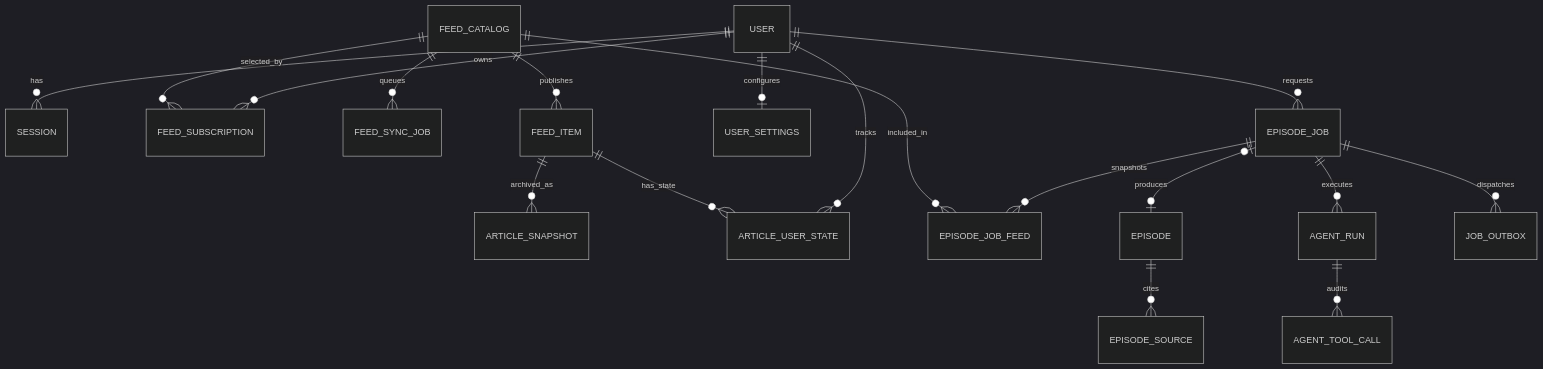
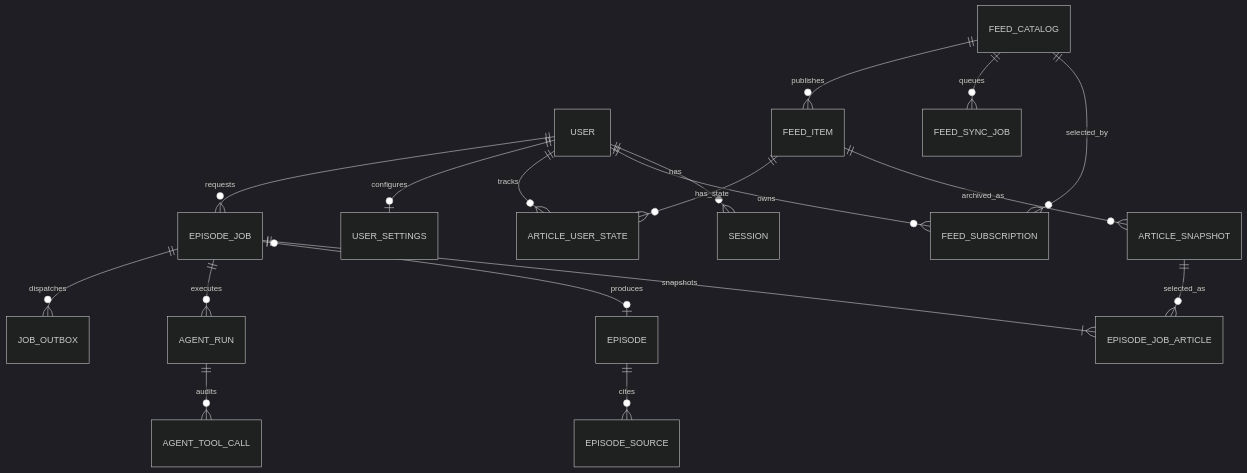
One commit to r4ai/news-podcast changed the eighth of 8 diagrams in docs/architecture.md. Above: the diagram before and after it, drawn with Mermaid (dark theme). The commit also changed other lines of this file and 52 other files, not shown here.

````diff
--- a/docs/architecture.md
+++ b/docs/architecture.md
@@ -237,20 +237,20 @@
 ```mermaid
 erDiagram
   USER ||--o{ SESSION : has
   USER ||--o{ FEED_SUBSCRIPTION : owns
   FEED_CATALOG ||--o{ FEED_SUBSCRIPTION : selected_by
   FEED_CATALOG ||--o{ FEED_SYNC_JOB : queues
   FEED_CATALOG ||--o{ FEED_ITEM : publishes
   FEED_ITEM ||--o{ ARTICLE_SNAPSHOT : archived_as
   USER ||--o{ ARTICLE_USER_STATE : tracks
   FEED_ITEM ||--o{ ARTICLE_USER_STATE : has_state
   USER ||--o| USER_SETTINGS : configures
   USER ||--o{ EPISODE_JOB : requests
-  EPISODE_JOB ||--o{ EPISODE_JOB_FEED : snapshots
-  FEED_CATALOG ||--o{ EPISODE_JOB_FEED : included_in
+  EPISODE_JOB ||--|{ EPISODE_JOB_ARTICLE : snapshots
+  ARTICLE_SNAPSHOT ||--o{ EPISODE_JOB_ARTICLE : selected_as
   EPISODE_JOB o|--o| EPISODE : produces
   EPISODE ||--o{ EPISODE_SOURCE : cites
   EPISODE_JOB ||--o{ AGENT_RUN : executes
   AGENT_RUN ||--o{ AGENT_TOOL_CALL : audits
   EPISODE_JOB ||--o{ JOB_OUTBOX : dispatches
 ```
````
